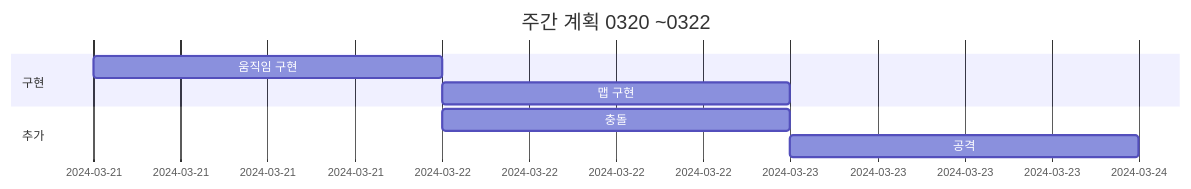
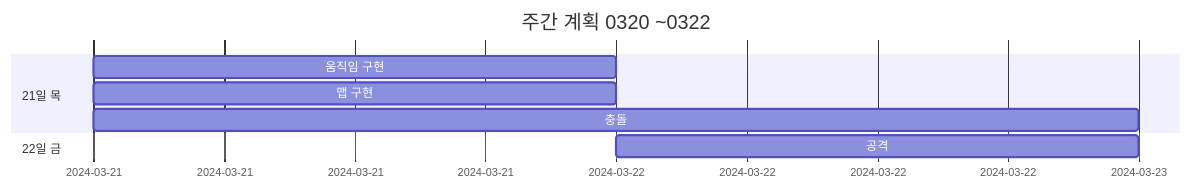
Before and after one commit to s8st/20240320FinalProject: the diagram in README.md, drawn with Mermaid.

````diff
--- a/README.md
+++ b/README.md
@@ -42,13 +42,14 @@
 ```mermaid
 gantt
     title 주간 계획 0320 ~0322
     dateFormat  YYYY-MM-DD
-    section 구현
+    section 21일 목
     움직임 구현         :a1, 2024-03-21, 1d
-   맵 구현     :after a1  , 1d
-    section 추가
-    충돌      :2024-03-22  , 1d
-    공격      : 1d
+   맵 구현     : 2024-03-21, 1d
+     충돌      :2024-03-21  , 2d
+    section 22일 금
+    
+    공격      : 2024-03-22,1d
             
 
 ```
````
